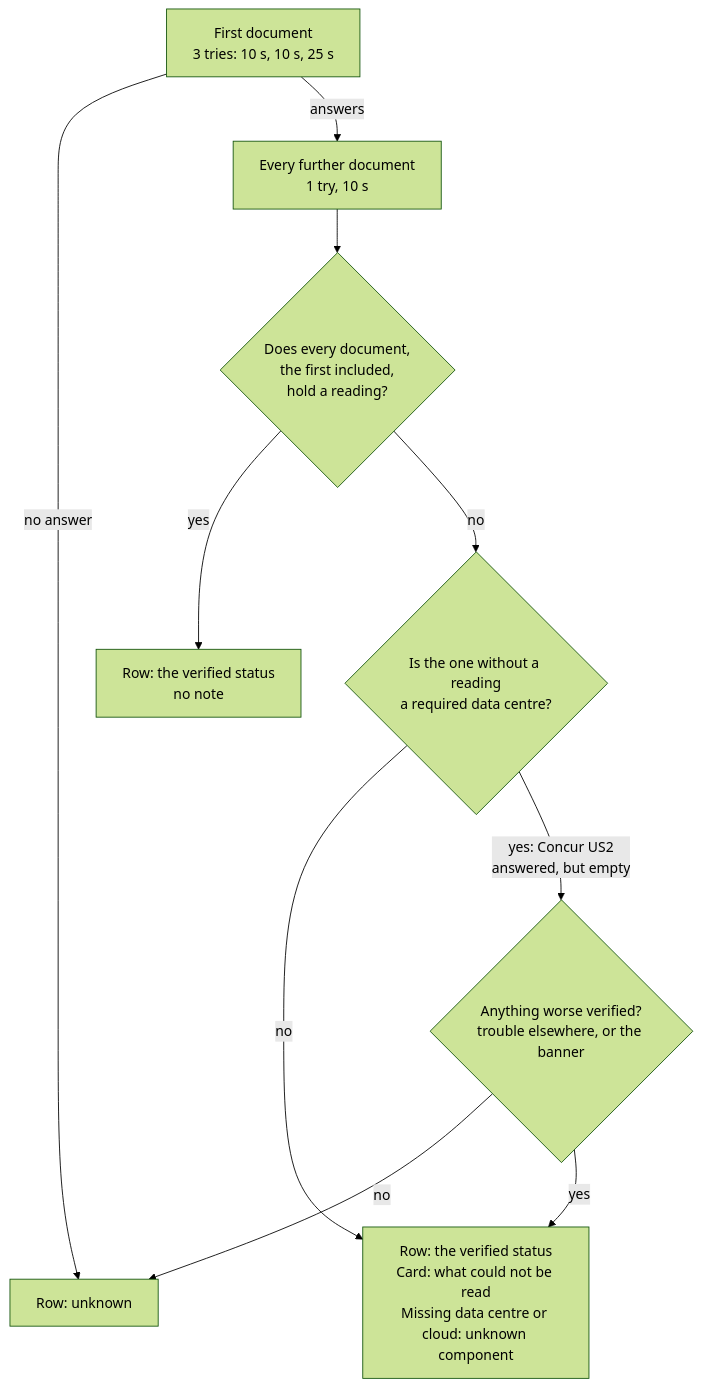
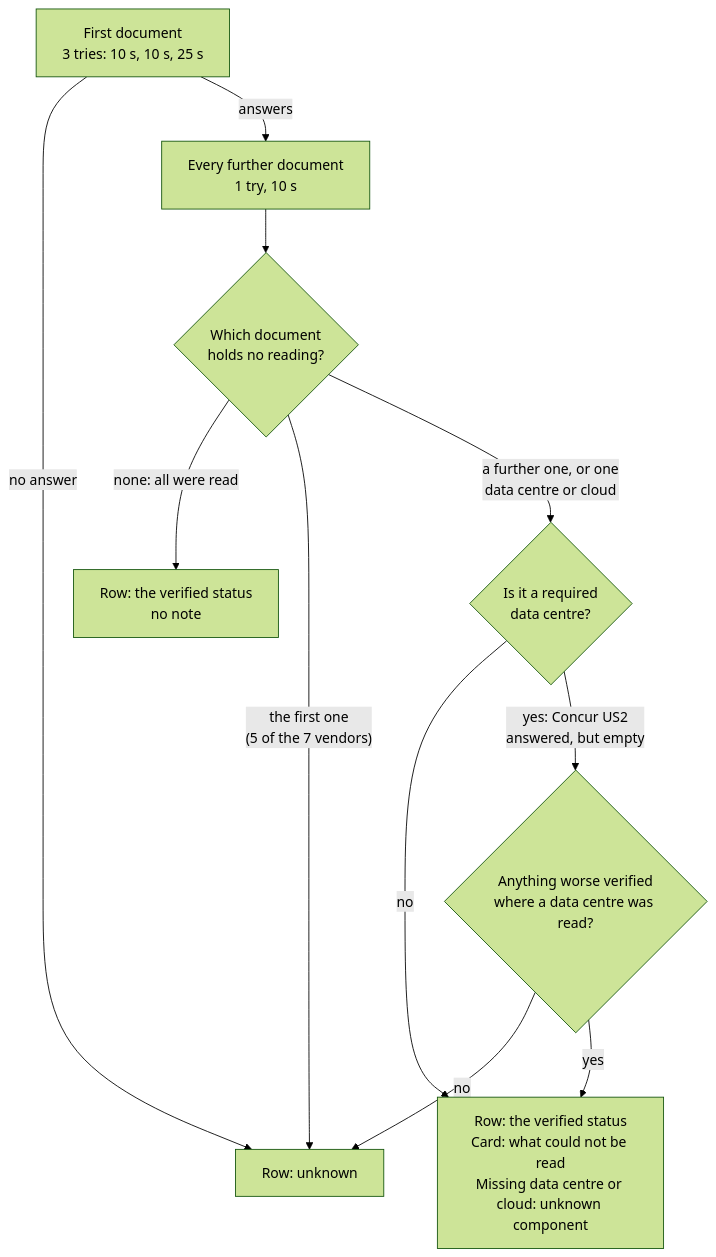
One commit to bjgreenberg/vendor-dashboard changed the fourth of 5 diagrams in README.md. Above: the diagram before and after it, drawn with Mermaid (forest theme). The commit also changed other lines of this file and 6 other files, not shown here.

First line of the commit message:
fix(engine): one warning, with a count, for incidents that carry no status

````diff
--- a/README.md
+++ b/README.md
@@ -331,12 +333,13 @@
 ```mermaid
 flowchart TD
     first["First document<br/>3 tries: 10 s, 10 s, 25 s"] -->|"no answer"| unk["Row: unknown"]
     first -->|"answers"| extra["Every further document<br/>1 try, 10 s"]
-    extra --> q{"Does every document,<br/>the first included,<br/>hold a reading?"}
-    q -->|"yes"| whole["Row: the verified status<br/>no note"]
-    q -->|"no"| req{"Is the one without a reading<br/>a required data centre?"}
+    extra --> q{"Which document<br/>holds no reading?"}
+    q -->|"none: all were read"| whole["Row: the verified status<br/>no note"]
+    q -->|"the first one<br/>(5 of the 7 vendors)"| unk
+    q -->|"a further one, or one<br/>data centre or cloud"| req{"Is it a required<br/>data centre?"}
     req -->|"no"| part["Row: the verified status<br/>Card: what could not be read<br/>Missing data centre or cloud: unknown component"]
-    req -->|"yes: Concur US2<br/>answered, but empty"| worse{"Anything worse verified?<br/>trouble elsewhere, or the banner"}
+    req -->|"yes: Concur US2<br/>answered, but empty"| worse{"Anything worse verified<br/>where a data centre was read?"}
     worse -->|"no"| unk
     worse -->|"yes"| part
 ```
````
